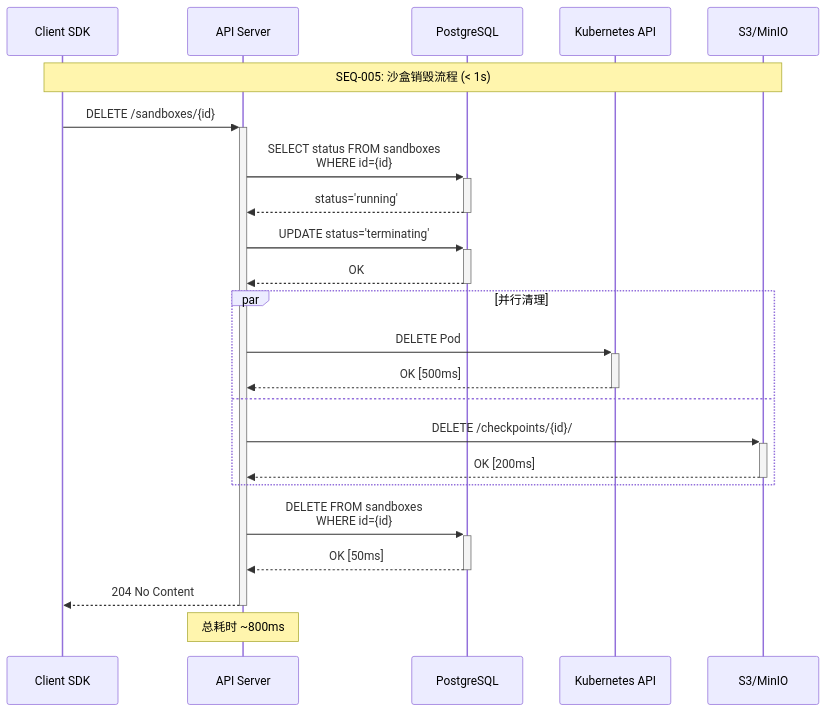
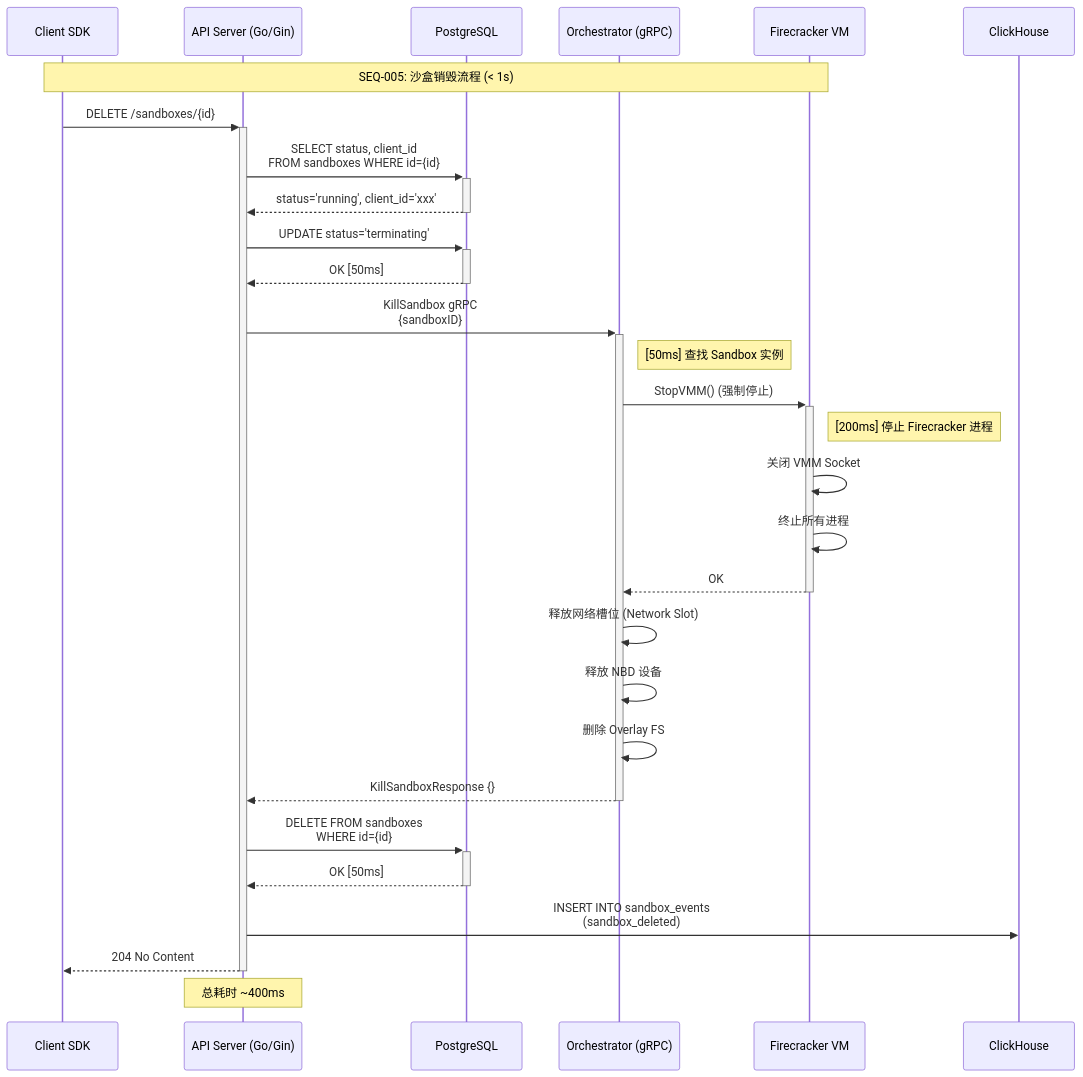
Before and after one commit to jackzhang1314/AdNegator: the seventh of 14 diagrams in docs/design/L3.1-sequence-diagram-design.md, drawn with Mermaid. The commit also changed other lines of this file, not shown here.

First line of the commit message:
docs(L3.1): MAJOR REWRITE - migrate to E2B Go architecture

````diff
--- a/docs/design/L3.1-sequence-diagram-design.md
+++ b/docs/design/L3.1-sequence-diagram-design.md
@@ -667,33 +869,42 @@
 ```mermaid
 sequenceDiagram
     participant Client as Client SDK
-    participant API as API Server
+    participant API as API Server (Go/Gin)
     participant DB as PostgreSQL
-    participant K8s as Kubernetes API
-    participant S3 as S3/MinIO
+    participant Orch as Orchestrator (gRPC)
+    participant FC as Firecracker VM
 
-    Note over Client,S3: SEQ-005: 沙盒销毁流程 (< 1s)
+    Note over Client,FC: SEQ-005: 沙盒销毁流程 (< 1s)
 
     Client->>+API: DELETE /sandboxes/{id}
 
-    API->>+DB: SELECT status FROM sandboxes<br/>WHERE id={id}
-    DB-->>-API: status='running'
+    API->>+DB: SELECT status, client_id<br/>FROM sandboxes WHERE id={id}
+    DB-->>-API: status='running', client_id='xxx'
 
     API->>+DB: UPDATE status='terminating'
-    DB-->>-API: OK
+    DB-->>-API: OK [50ms]
 
-    par 并行清理
-        API->>+K8s: DELETE Pod
-        K8s-->>-API: OK [500ms]
-    and
-        API->>+S3: DELETE /checkpoints/{id}/
-        S3-->>-API: OK [200ms]
-    end
+    API->>+Orch: KillSandbox gRPC<br/>{sandboxID}
+    Note right of Orch: [50ms] 查找 Sandbox 实例
+
+    Orch->>+FC: StopVMM() (强制停止)
+    Note right of FC: [200ms] 停止 Firecracker 进程
+
+    FC->>FC: 关闭 VMM Socket
+    FC->>FC: 终止所有进程
+    FC-->>-Orch: OK
+
+    Orch->>Orch: 释放网络槽位 (Network Slot)
+    Orch->>Orch: 释放 NBD 设备
+    Orch->>Orch: 删除 Overlay FS
+    Orch-->>-API: KillSandboxResponse {}
 
     API->>+DB: DELETE FROM sandboxes<br/>WHERE id={id}
     DB-->>-API: OK [50ms]
 
+    API->>ClickHouse: INSERT INTO sandbox_events<br/>(sandbox_deleted)
+
     API-->>-Client: 204 No Content
 
-    Note over API: 总耗时 ~800ms
+    Note over API: 总耗时 ~400ms
 ```
````
